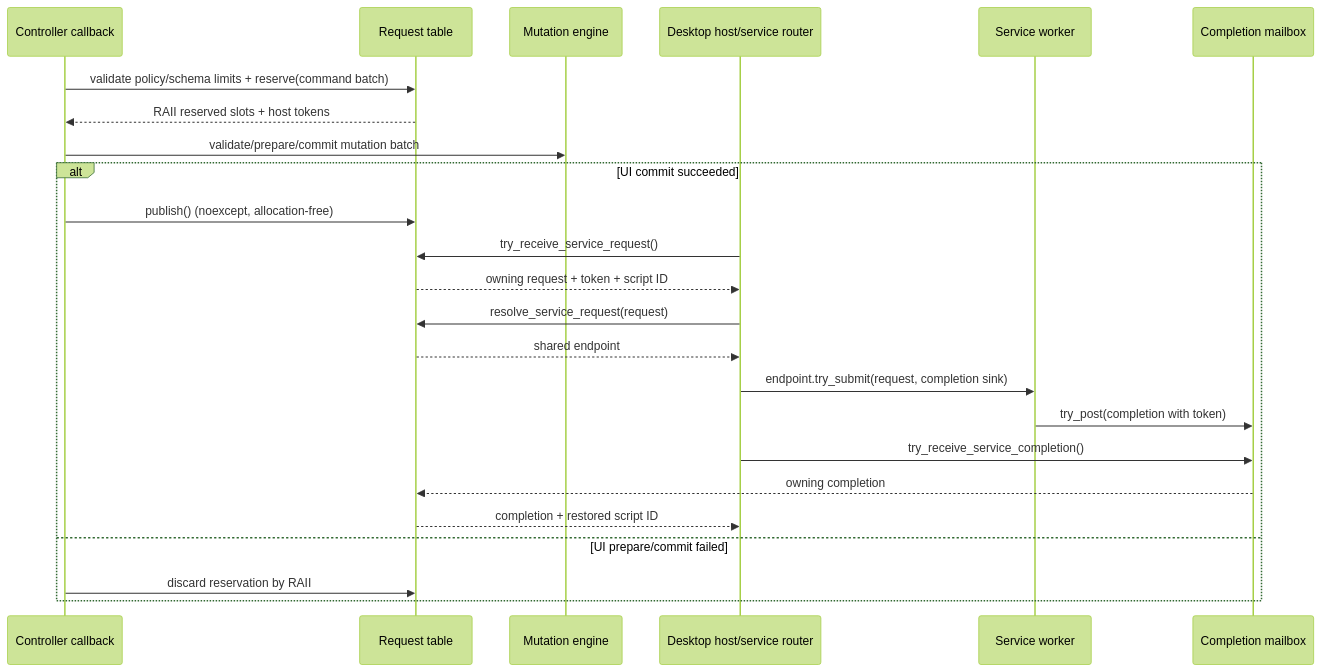
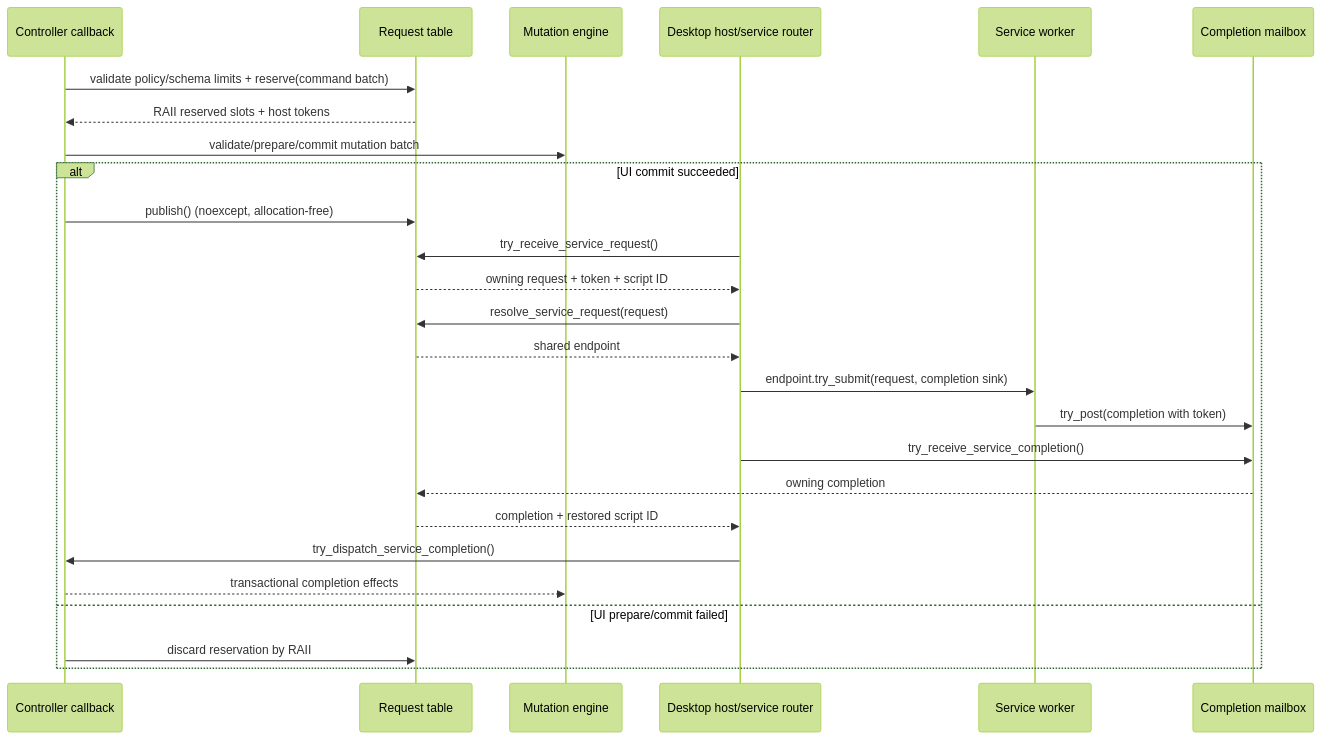
Before and after one commit to qigao/stun: the tenth of 12 diagrams in flexUI/docs/FLEXUI_DESKTOP_DESIGN.md, drawn with Mermaid (forest theme). The commit also changed other lines of this file and 10 other files, not shown here.

Commit message:
feat(flexui): dispatch service completions to scripts

````diff
--- a/flexUI/docs/FLEXUI_DESKTOP_DESIGN.md
+++ b/flexUI/docs/FLEXUI_DESKTOP_DESIGN.md
@@ -869,27 +870,29 @@
 ```mermaid
 sequenceDiagram
     participant Script as Controller callback
     participant Requests as Request table
     participant UI as Mutation engine
     participant Host as Desktop host/service router
     participant Worker as Service worker
     participant Mailbox as Completion mailbox
 
     Script->>Requests: validate policy/schema limits + reserve(command batch)
     Requests-->>Script: RAII reserved slots + host tokens
     Script->>UI: validate/prepare/commit mutation batch
     alt UI commit succeeded
         Script->>Requests: publish() (noexcept, allocation-free)
         Host->>Requests: try_receive_service_request()
         Requests-->>Host: owning request + token + script ID
         Host->>Requests: resolve_service_request(request)
         Requests-->>Host: shared endpoint
         Host->>Worker: endpoint.try_submit(request, completion sink)
         Worker->>Mailbox: try_post(completion with token)
         Host->>Mailbox: try_receive_service_completion()
         Mailbox-->>Requests: owning completion
         Requests-->>Host: completion + restored script ID
+        Host->>Script: try_dispatch_service_completion()
+        Script-->>UI: transactional completion effects
     else UI prepare/commit failed
         Script->>Requests: discard reservation by RAII
     end
 ```
````
